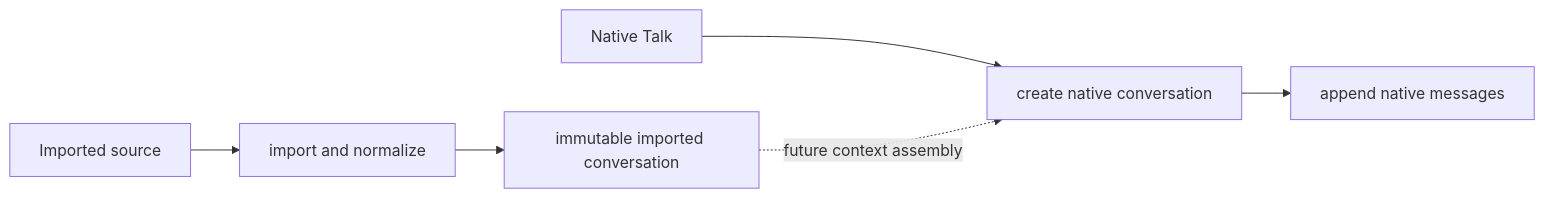
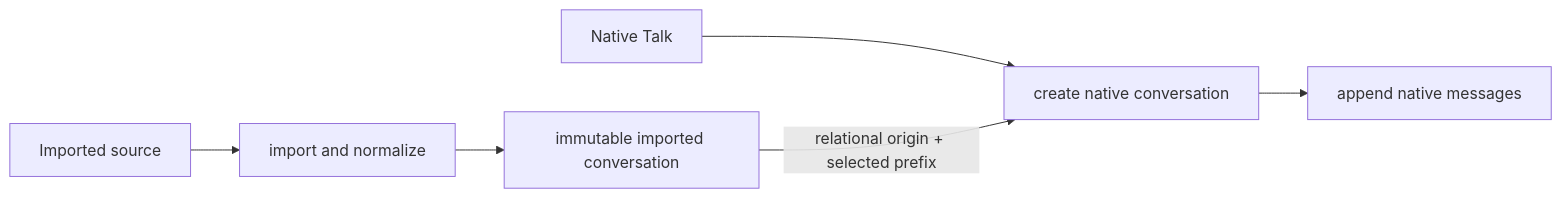
The third of 5 diagrams in docs/ARCHITECTURE.md (WaterMelonKnight/ContextMesh), drawn with Mermaid before and after one commit. The commit also changed other lines of this file and 16 other files, not shown here.

````diff
--- a/docs/ARCHITECTURE.md
+++ b/docs/ARCHITECTURE.md
@@ -96,8 +104,8 @@
 ```mermaid
 flowchart LR
   SOURCE["Imported source"] --> NORMALIZE["import and normalize"]
   NORMALIZE --> IMPORTED["immutable imported conversation"]
   TALK["Native Talk"] --> CREATE["create native conversation"]
   CREATE --> APPEND["append native messages"]
-  IMPORTED -. "future context assembly" .-> CREATE
+  IMPORTED -->|"relational origin + selected prefix"| CREATE
 ```
````
